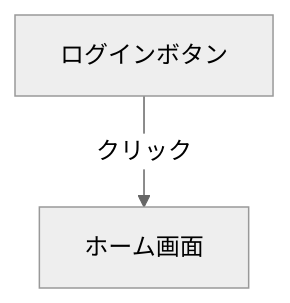
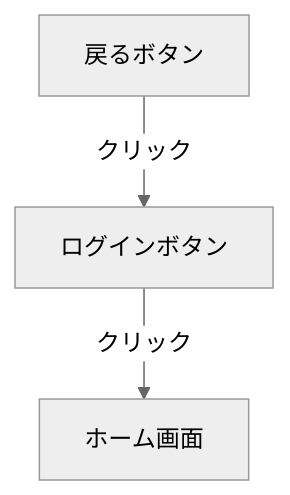
The diagram in README.md (hosoda-n2i/figma-mcp-flow), drawn with Mermaid (neutral theme) before and after one commit. The commit also changed other lines of this file and 3 other files, not shown here.

````diff
--- a/README.md
+++ b/README.md
@@ -142,7 +312,9 @@
 ```mermaid
 flowchart TD
   123_456["ログインボタン"]
   789_012["ホーム画面"]
-  
+  345_678["戻るボタン"]
+
   123_456 -->|クリック| 789_012
+  345_678 -->|クリック| 123_456
 ```
````
